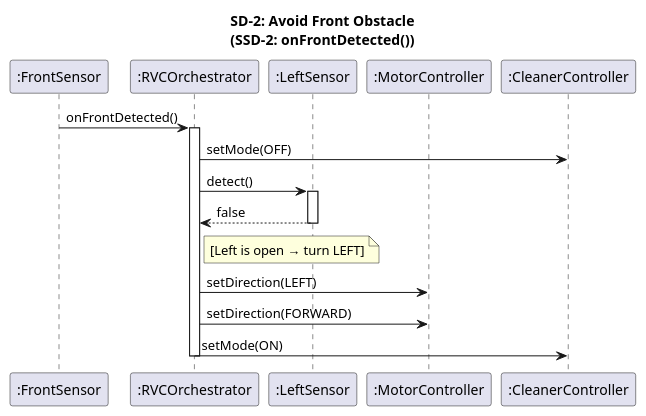
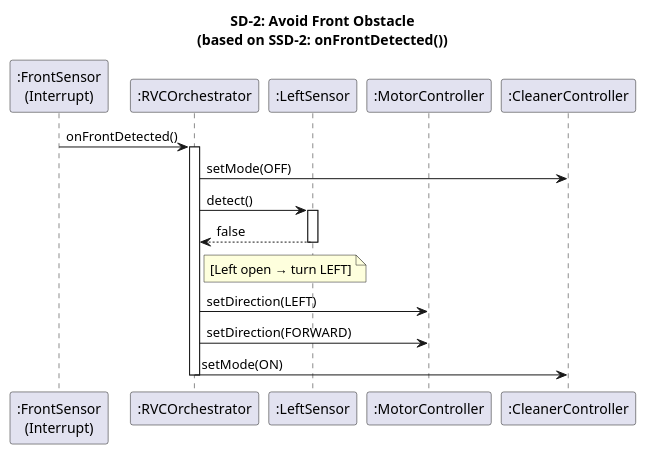
Before and after one commit to OOP-konkuk/CICD-Team7: the second of 4 diagrams in docs/vibe-coding/03-ood/sequence-diagrams.mdx, drawn with PlantUML. The commit also changed other lines of this file and 25 other files, not shown here.

````diff
--- a/docs/vibe-coding/03-ood/sequence-diagrams.mdx
+++ b/docs/vibe-coding/03-ood/sequence-diagrams.mdx
@@ -74,24 +75,24 @@
 ```plantuml
 @startuml SD2_AvoidFrontObstacle
-title SD-2: Avoid Front Obstacle\n(SSD-2: onFrontDetected())
+title SD-2: Avoid Front Obstacle\n(based on SSD-2: onFrontDetected())
 
-participant ":FrontSensor" as FS
+participant ":FrontSensor\n(Interrupt)" as FS
 participant ":RVCOrchestrator" as Orch
 participant ":LeftSensor" as LS
 participant ":MotorController" as Motor
 participant ":CleanerController" as Cleaner
 
 FS -> Orch : onFrontDetected()
 activate Orch
 Orch -> Cleaner : setMode(OFF)
 Orch -> LS : detect()
 activate LS
 LS --> Orch : false
 deactivate LS
-note right of Orch : [Left is open → turn LEFT]
+note right of Orch : [Left open → turn LEFT]
 Orch -> Motor : setDirection(LEFT)
 Orch -> Motor : setDirection(FORWARD)
 Orch -> Cleaner : setMode(ON)
 deactivate Orch
 @enduml
 ```
````
